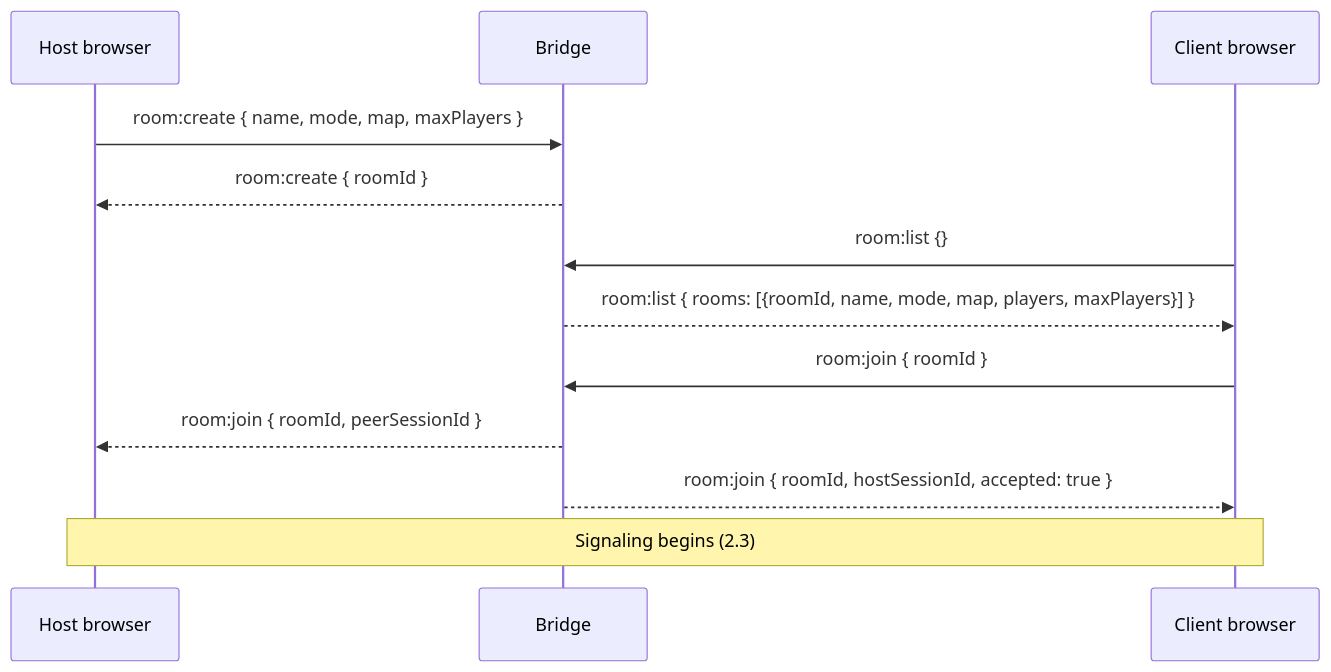
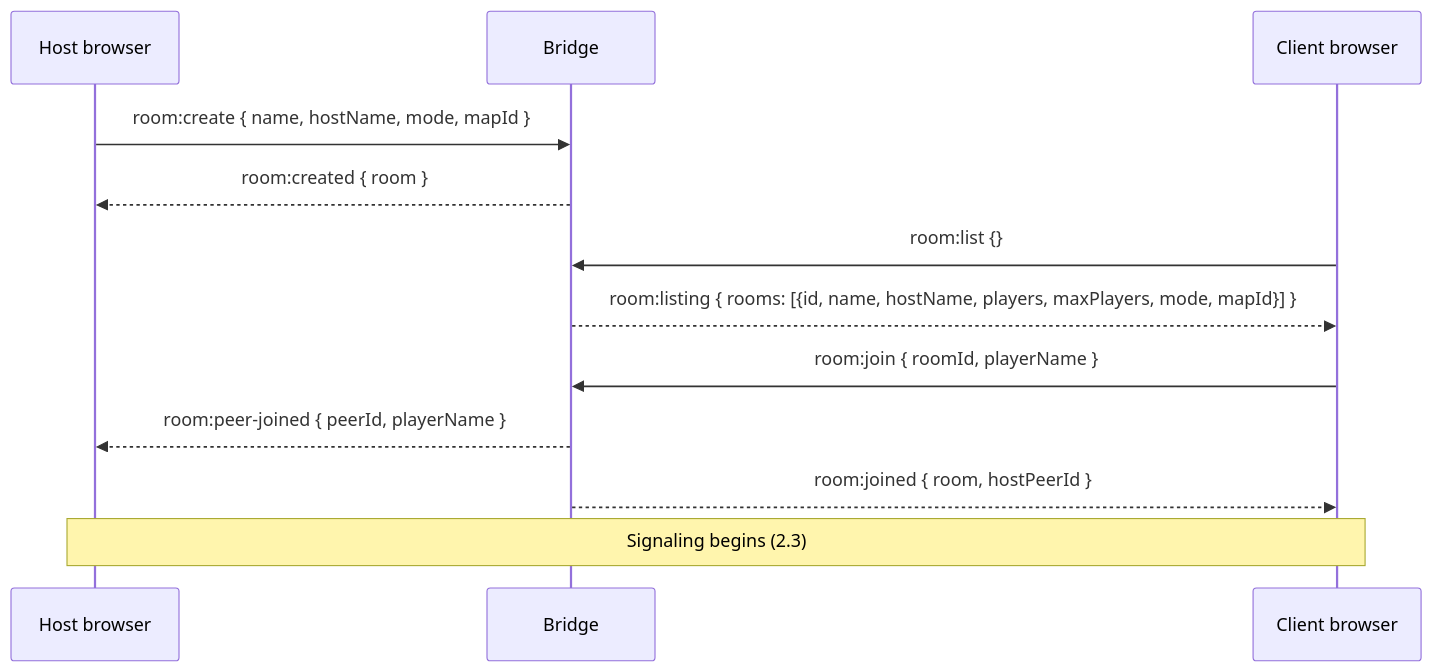
Before and after one commit to 05cyrus/Aerocade: the second of 4 diagrams in docs/networking.md, drawn with Mermaid. The commit also changed other lines of this file and 32 other files, not shown here.

````diff
--- a/docs/networking.md
+++ b/docs/networking.md
@@ -55,14 +55,14 @@
 ```mermaid
 sequenceDiagram
     participant H as Host browser
     participant B as Bridge
     participant C as Client browser
-    H->>B: room:create { name, mode, map, maxPlayers }
-    B-->>H: room:create { roomId }
+    H->>B: room:create { name, hostName, mode, mapId }
+    B-->>H: room:created { room }
     C->>B: room:list {}
-    B-->>C: room:list { rooms: [{roomId, name, mode, map, players, maxPlayers}] }
-    C->>B: room:join { roomId }
-    B-->>H: room:join { roomId, peerSessionId }
-    B-->>C: room:join { roomId, hostSessionId, accepted: true }
+    B-->>C: room:listing { rooms: [{id, name, hostName, players, maxPlayers, mode, mapId}] }
+    C->>B: room:join { roomId, playerName }
+    B-->>H: room:peer-joined { peerId, playerName }
+    B-->>C: room:joined { room, hostPeerId }
     Note over H,C: Signaling begins (2.3)
 ```
````
